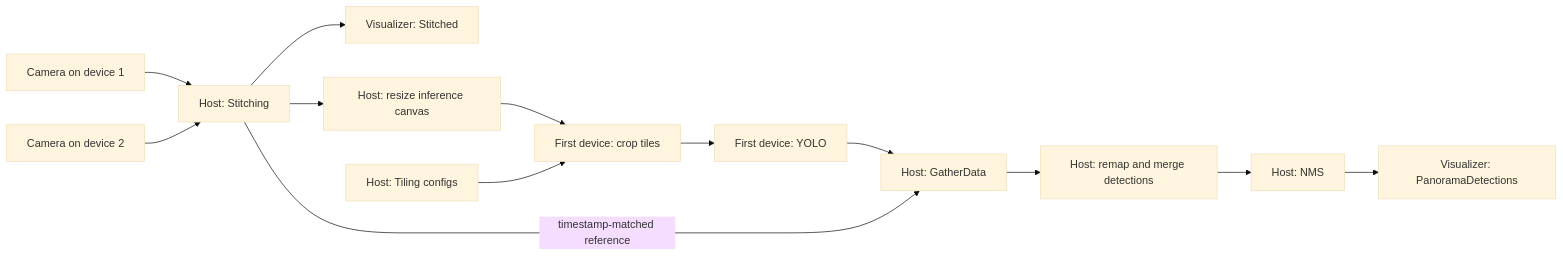
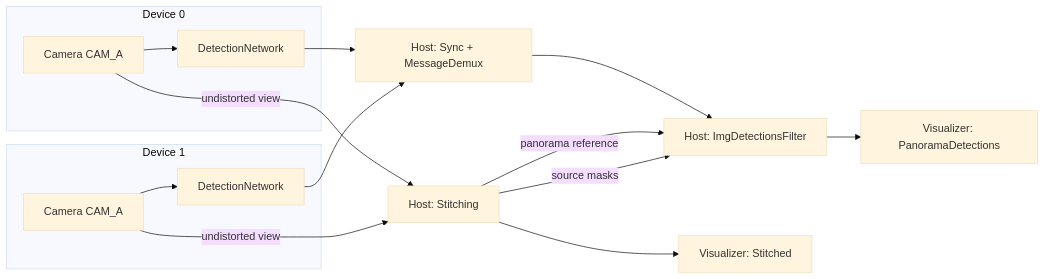
One commit to luxonis/oak-examples changed the diagram in tutorials/multiple-devices/multiple-device-stitch-nn/README.md. Above: the diagram before and after it, drawn with Mermaid (base theme). The commit also changed other lines of this file and 9 other files, not shown here.

First line of the commit message:
Rewrite multi-device stitching example around calibrated nodes

````diff
--- a/tutorials/multiple-devices/multiple-device-stitch-nn/README.md
+++ b/tutorials/multiple-devices/multiple-device-stitch-nn/README.md
@@ -60,15 +19,18 @@
 ```mermaid
 flowchart LR
-    A[Camera on device 1] --> S[Host: Stitching]
-    B[Camera on device 2] --> S
+    subgraph D0[Device 0]
+        C0[Camera CAM_A] --> N0[DetectionNetwork]
+    end
+    subgraph D1[Device 1]
+        C1[Camera CAM_A] --> N1[DetectionNetwork]
+    end
+    C0 -- undistorted view --> S[Host: Stitching]
+    C1 -- undistorted view --> S
+    N0 --> Y[Host: Sync + MessageDemux]
+    N1 --> Y
+    Y --> F[Host: ImgDetectionsFilter]
+    S -- panorama reference --> F
+    S -- source masks --> F
     S --> V[Visualizer: Stitched]
-    S --> M[Host: resize inference canvas]
-    M --> C[First device: crop tiles]
-    T[Host: Tiling configs] --> C
-    C --> N[First device: YOLO]
-    N --> G[Host: GatherData]
-    S -->|timestamp-matched reference| G
-    G --> R[Host: remap and merge detections]
-    R --> F[Host: NMS]
-    F --> D[Visualizer: PanoramaDetections]
+    F --> W[Visualizer: PanoramaDetections]
 ```
````
